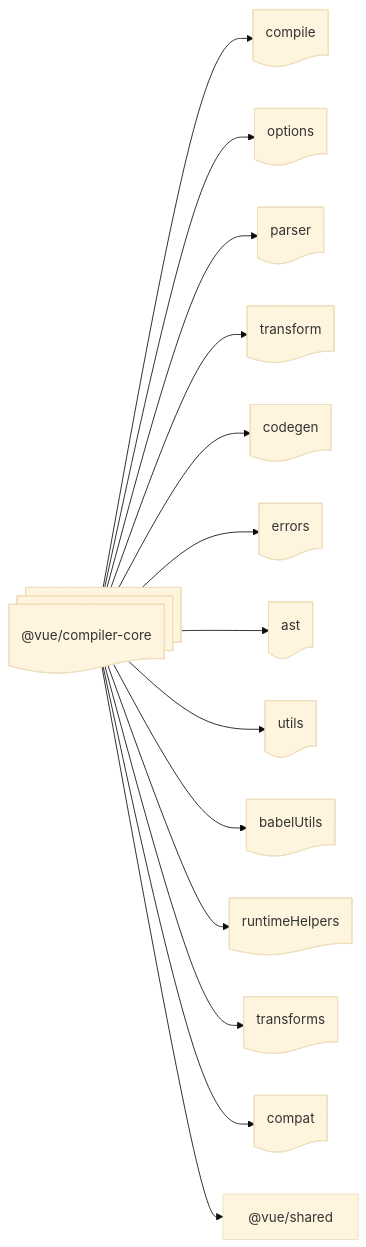
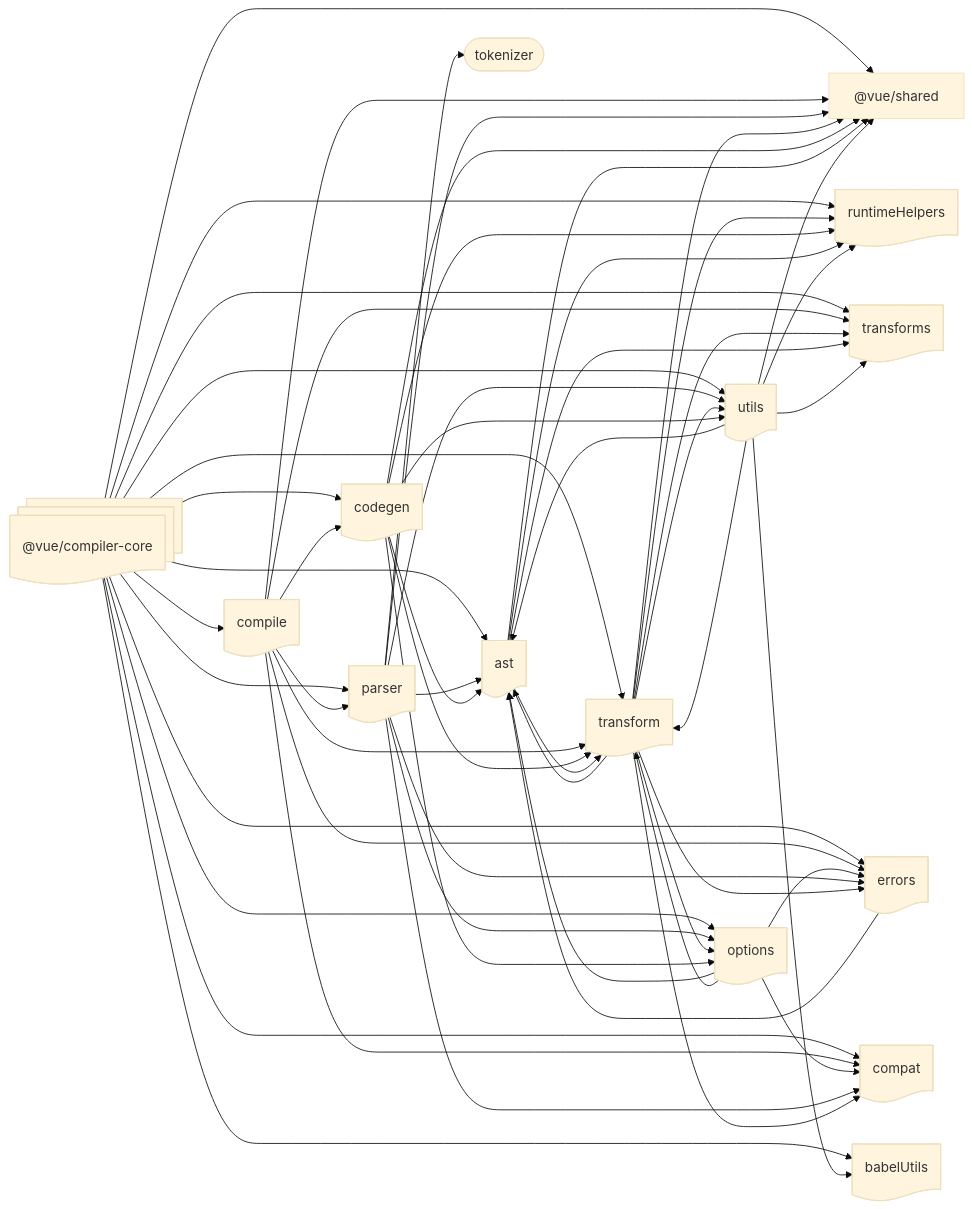
Before and after one commit to vue-ecosystem/mini-vue: the fourth of 4 diagrams in README.md, drawn with Mermaid (base theme).

````diff
--- a/README.md
+++ b/README.md
@@ -182,17 +182,68 @@
 ```mermaid
 flowchart LR
   compiler-core@{ shape: docs, label: "@vue/compiler-core"} --> compile@{ shape: doc, label:"compile" }
   compiler-core --> options@{ shape: doc, label:"options" }
   compiler-core --> parser@{ shape: doc, label:"parser" }
   compiler-core --> transform@{shape: doc, label:"transform"}
   compiler-core --> codegen@{shape: doc, label:"codegen"}
   compiler-core --> errors@{shape: doc, label:"errors"}
   compiler-core --> ast@{shape: doc, label:"ast"}
   compiler-core --> utils@{shape: doc, label:"utils"}
   compiler-core --> babelUtils@{shape: doc, label:"babelUtils"}
   compiler-core --> runtimeHelpers@{shape: doc, label:"runtimeHelpers"}
   compiler-core --> transforms@{shape: doc, label:"transforms"}
   compiler-core --> compat@{shape: doc, label:"compat"}
   compiler-core --> shared["@vue/shared"]
 
+  compile --> parser
+  compile --> transform
+  compile --> codegen
+  compile --> shared
+  compile --> transforms
+  compile --> compat
+  compile --> errors
+
+  options --> ast
+  options --> errors
+  options --> transform
+  options --> compat
+
+  parser --> ast
+  parser --> options
+  parser --> tokenizer([tokenizer])
+  parser --> compat
+  parser --> shared
+  parser --> errors
+  parser --> utils
+
+  transform --> options
+  transform --> ast
+  transform --> shared
+  transform --> errors
+  transform --> runtimeHelpers
+  transform --> utils
+  transform --> transforms
+  transform --> compat
+
+  codegen --> options
+  codegen --> ast
+  codegen --> utils
+  codegen --> shared
+  codegen --> runtimeHelpers
+  codegen --> transform
+
+  errors --> ast
+
+  ast --> shared
+  ast --> runtimeHelpers
+  ast --> transforms
+  ast --> transform
+
+  utils --> ast
+  utils --> transform
+  utils --> runtimeHelpers
+  utils --> shared
+  utils --> transforms
+  utils --> babelUtils
+
 ```
````
